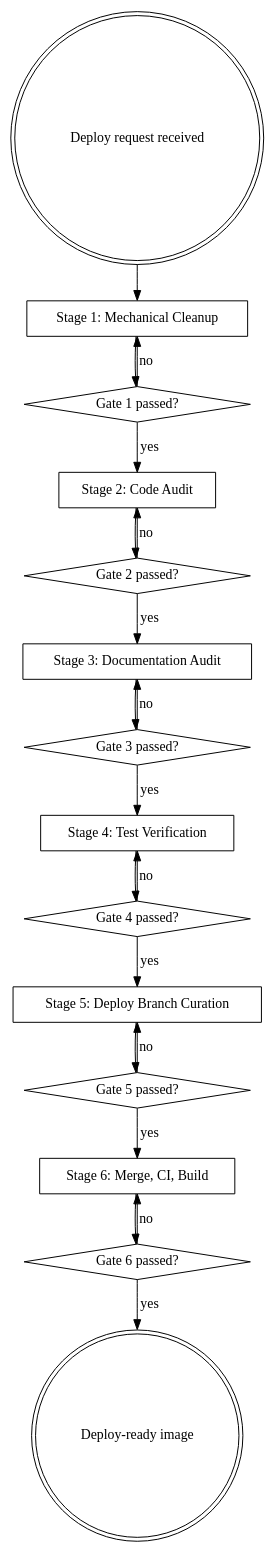
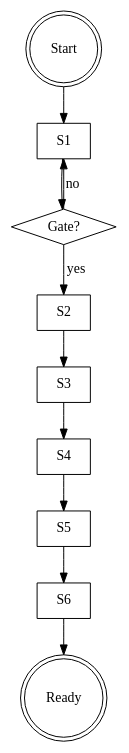
The diagram in .cursor/skills/preparing-for-deploy/SKILL.md (SalkinII/ShiftAware), drawn with Graphviz before and after one commit. The commit also changed other lines of this file and 1 other file, not shown here.

Commit message:
refactor: close loopholes in preparing-for-deploy skill (REFACTOR phase)
Made-with: Cursor

````diff
--- a/.cursor/skills/preparing-for-deploy/SKILL.md
+++ b/.cursor/skills/preparing-for-deploy/SKILL.md
@@ -17,38 +16,18 @@
 ```dot
 digraph deploy_flow {
-    "Deploy request received" [shape=doublecircle];
-    "Stage 1: Mechanical Cleanup" [shape=box];
-    "Gate 1 passed?" [shape=diamond];
-    "Stage 2: Code Audit" [shape=box];
-    "Gate 2 passed?" [shape=diamond];
-    "Stage 3: Documentation Audit" [shape=box];
-    "Gate 3 passed?" [shape=diamond];
-    "Stage 4: Test Verification" [shape=box];
-    "Gate 4 passed?" [shape=diamond];
-    "Stage 5: Deploy Branch Curation" [shape=box];
-    "Gate 5 passed?" [shape=diamond];
-    "Stage 6: Merge, CI, Build" [shape=box];
-    "Gate 6 passed?" [shape=diamond];
-    "Deploy-ready image" [shape=doublecircle];
+    "Start" [shape=doublecircle];
+    "S1" [shape=box];
+    "S2" [shape=box];
+    "S3" [shape=box];
+    "S4" [shape=box];
+    "S5" [shape=box];
+    "S6" [shape=box];
+    "Gate?" [shape=diamond];
+    "Ready" [shape=doublecircle];
 
-    "Deploy request received" -> "Stage 1: Mechanical Cleanup";
-    "Stage 1: Mechanical Cleanup" -> "Gate 1 passed?";
-    "Gate 1 passed?" -> "Stage 2: Code Audit" [label="yes"];
-    "Gate 1 passed?" -> "Stage 1: Mechanical Cleanup" [label="no"];
-    "Stage 2: Code Audit" -> "Gate 2 passed?";
-    "Gate 2 passed?" -> "Stage 3: Documentation Audit" [label="yes"];
-    "Gate 2 passed?" -> "Stage 2: Code Audit" [label="no"];
-    "Stage 3: Documentation Audit" -> "Gate 3 passed?";
-    "Gate 3 passed?" -> "Stage 4: Test Verification" [label="yes"];
-    "Gate 3 passed?" -> "Stage 3: Documentation Audit" [label="no"];
-    "Stage 4: Test Verification" -> "Gate 4 passed?";
-    "Gate 4 passed?" -> "Stage 5: Deploy Branch Curation" [label="yes"];
-    "Gate 4 passed?" -> "Stage 4: Test Verification" [label="no"];
-    "Stage 5: Deploy Branch Curation" -> "Gate 5 passed?";
-    "Gate 5 passed?" -> "Stage 6: Merge, CI, Build" [label="yes"];
-    "Gate 5 passed?" -> "Stage 5: Deploy Branch Curation" [label="no"];
-    "Stage 6: Merge, CI, Build" -> "Gate 6 passed?";
-    "Gate 6 passed?" -> "Deploy-ready image" [label="yes"];
-    "Gate 6 passed?" -> "Stage 6: Merge, CI, Build" [label="no"];
+    "Start" -> "S1" -> "Gate?";
+    "Gate?" -> "S2" [label="yes"];
+    "Gate?" -> "S1" [label="no"];
+    "S2" -> "S3" -> "S4" -> "S5" -> "S6" -> "Ready";
 }
 ```
````
